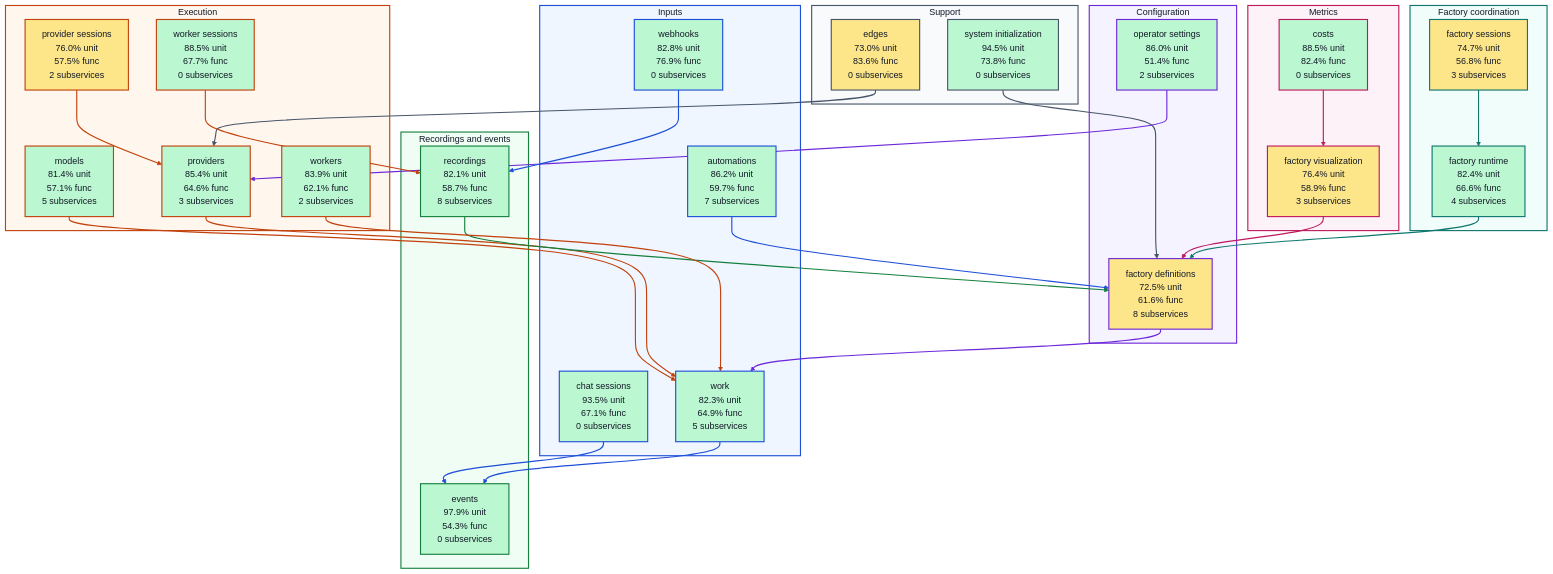
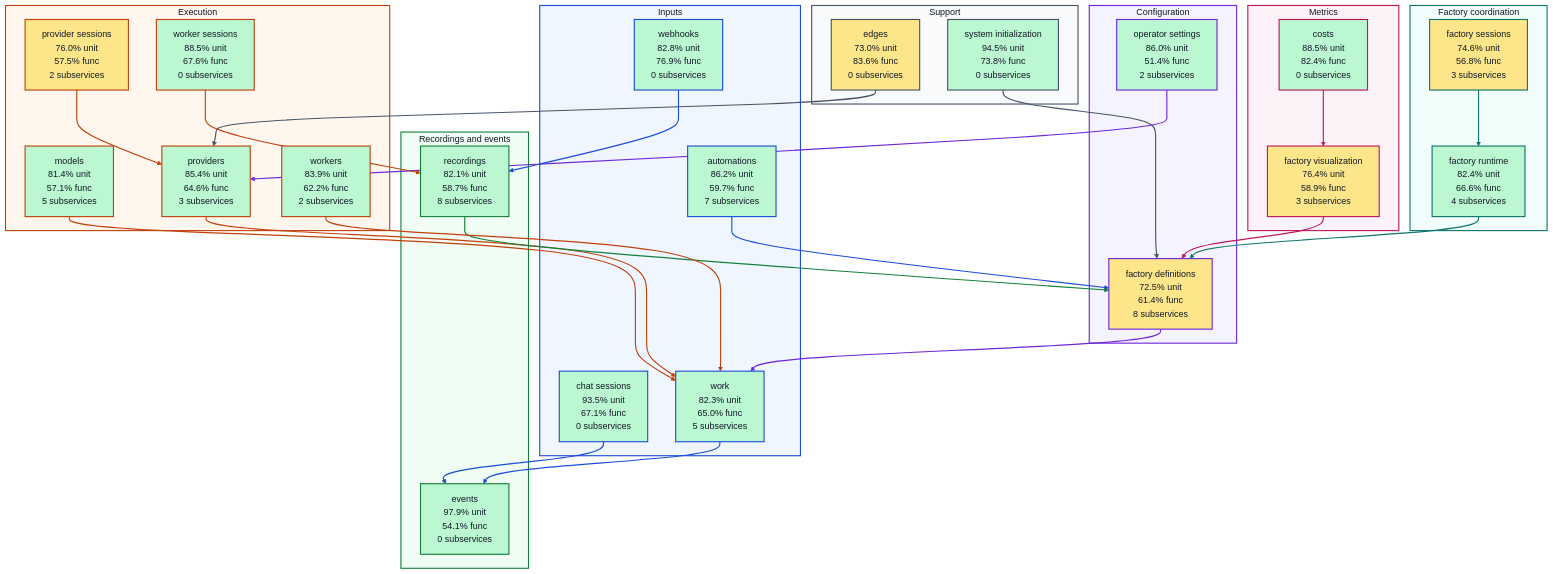
One commit to portpowered/you-agent-factory changed the diagram in docs/architecture/visualizations/high-level-test-coverage.md. Above: the diagram before and after it, drawn with Mermaid (forest theme). The commit also changed other lines of this file and 20 other files, not shown here.

Commit message:
docs: refresh backend architecture visualizations

```diff
--- a/docs/architecture/visualizations/high-level-test-coverage.md
+++ b/docs/architecture/visualizations/high-level-test-coverage.md
@@ -14,25 +14,25 @@
     s_services_automations["automations<br/>86.2% unit<br/>59.7% func<br/>7 subservices"]
     s_services_chat_sessions["chat sessions<br/>93.5% unit<br/>67.1% func<br/>0 subservices"]
     s_services_webhooks["webhooks<br/>82.8% unit<br/>76.9% func<br/>0 subservices"]
-    s_services_work["work<br/>82.3% unit<br/>64.9% func<br/>5 subservices"]
+    s_services_work["work<br/>82.3% unit<br/>65.0% func<br/>5 subservices"]
   end
   subgraph configuration["Configuration"]
-    s_services_factory_definitions["factory definitions<br/>72.5% unit<br/>61.6% func<br/>8 subservices"]
+    s_services_factory_definitions["factory definitions<br/>72.5% unit<br/>61.4% func<br/>8 subservices"]
     s_services_operator_settings["operator settings<br/>86.0% unit<br/>51.4% func<br/>2 subservices"]
   end
   subgraph coordination["Factory coordination"]
     s_services_factory_runtime["factory runtime<br/>82.4% unit<br/>66.6% func<br/>4 subservices"]
-    s_services_factory_sessions["factory sessions<br/>74.7% unit<br/>56.8% func<br/>3 subservices"]
+    s_services_factory_sessions["factory sessions<br/>74.6% unit<br/>56.8% func<br/>3 subservices"]
   end
   subgraph execution["Execution"]
     s_services_models["models<br/>81.4% unit<br/>57.1% func<br/>5 subservices"]
     s_services_provider_sessions["provider sessions<br/>76.0% unit<br/>57.5% func<br/>2 subservices"]
     s_services_providers["providers<br/>85.4% unit<br/>64.6% func<br/>3 subservices"]
-    s_services_worker_sessions["worker sessions<br/>88.5% unit<br/>67.7% func<br/>0 subservices"]
-    s_services_workers["workers<br/>83.9% unit<br/>62.1% func<br/>2 subservices"]
+    s_services_worker_sessions["worker sessions<br/>88.5% unit<br/>67.6% func<br/>0 subservices"]
+    s_services_workers["workers<br/>83.9% unit<br/>62.2% func<br/>2 subservices"]
   end
   subgraph recordings["Recordings and events"]
-    s_services_events["events<br/>97.9% unit<br/>54.3% func<br/>0 subservices"]
+    s_services_events["events<br/>97.9% unit<br/>54.1% func<br/>0 subservices"]
     s_services_recordings["recordings<br/>82.1% unit<br/>58.7% func<br/>8 subservices"]
   end
   subgraph metrics["Metrics"]
```
